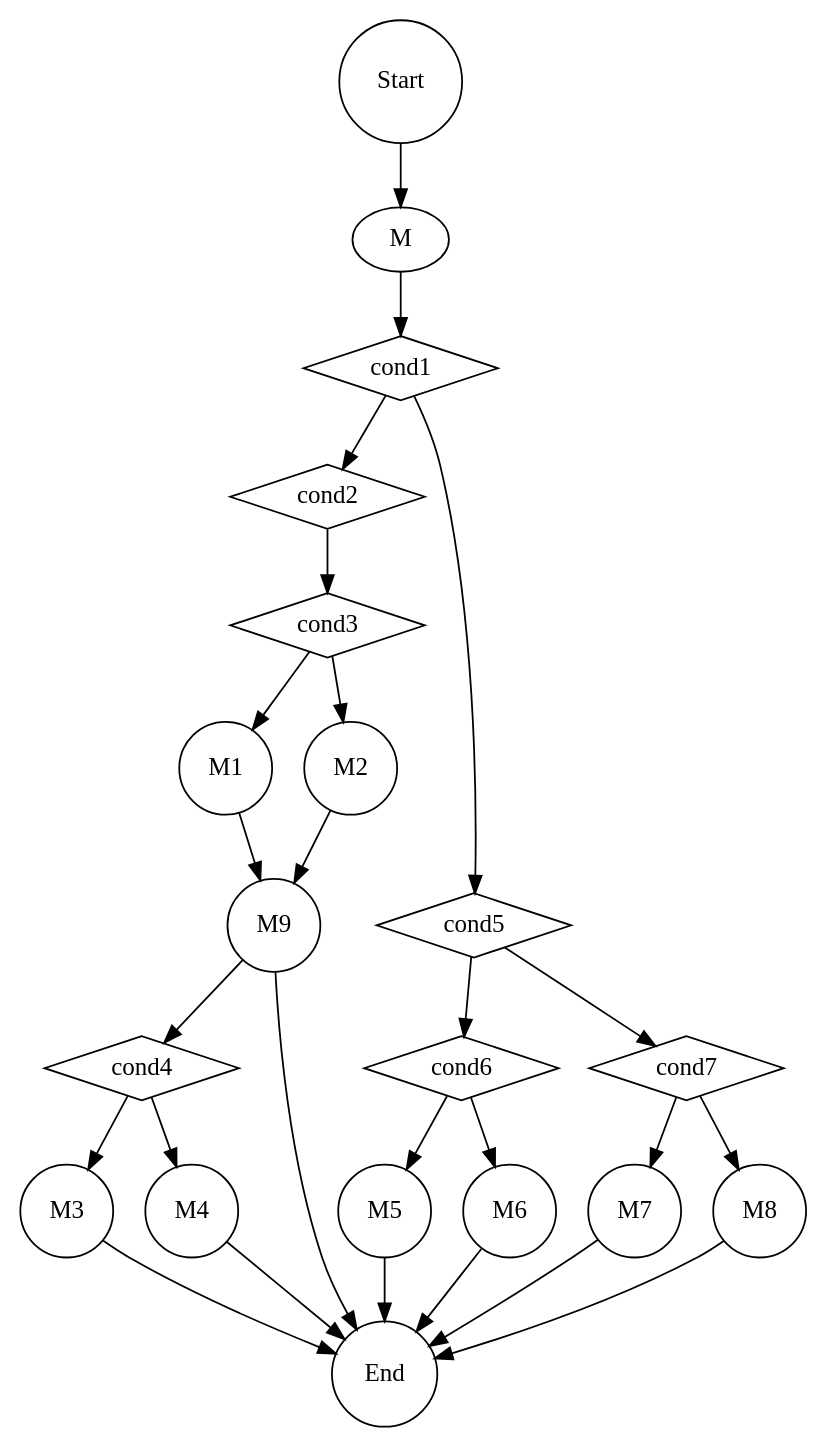
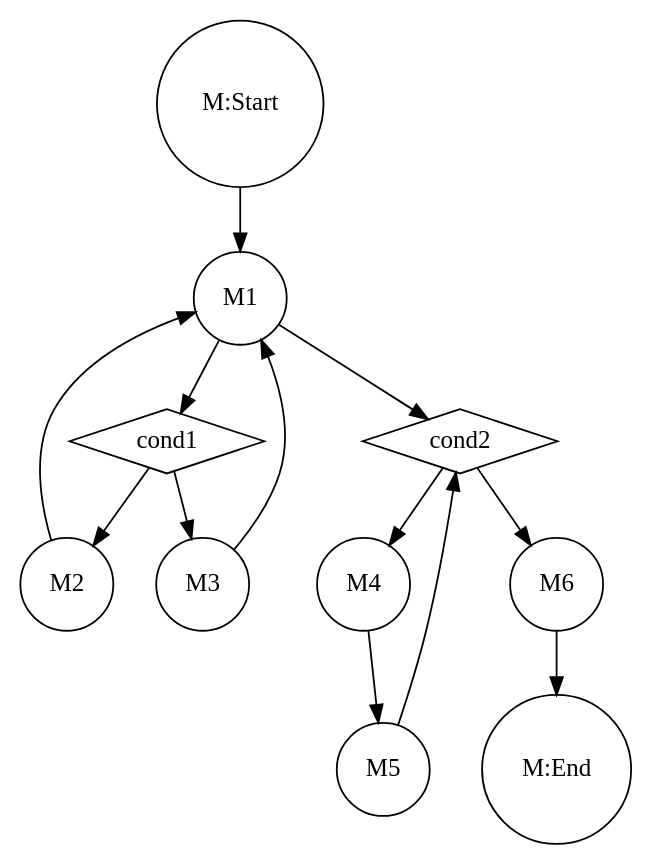
The diagram in output.dot (yonghun8343/FuncWatch), drawn with Graphviz before and after one commit. The commit also changed 5 other files, not shown here.

```diff
--- a/output.dot
+++ b/output.dot
@@ -1,46 +1,24 @@
 strict digraph {
-  Start [label=Start,shape=circle,type=EntryPoint]
+  "M:Start" [label="M:Start",shape=circle,type=EntryPoint]
+  "M:End" [label="M:End",shape=circle,type=ExitPoint]
+  M1 [label=M1,shape=circle,type=FunctionCall]
   cond1 [label=cond1,shape=diamond,type=Condition]
+  M2 [label=M2,shape=circle,type=FunctionCall]
+  M3 [label=M3,shape=circle,type=FunctionCall]
   cond2 [label=cond2,shape=diamond,type=Condition]
-  cond3 [label=cond3,shape=diamond,type=Condition]
-  M1 [label=M1,shape=circle,type=FunctionCall]
-  M2 [label=M2,shape=circle,type=FunctionCall]
-  M9 [label=M9,shape=circle,type=FunctionCall]
-  cond4 [label=cond4,shape=diamond,type=Condition]
-  M3 [label=M3,shape=circle,type=FunctionCall]
   M4 [label=M4,shape=circle,type=FunctionCall]
-  cond5 [label=cond5,shape=diamond,type=Condition]
-  cond6 [label=cond6,shape=diamond,type=Condition]
   M5 [label=M5,shape=circle,type=FunctionCall]
   M6 [label=M6,shape=circle,type=FunctionCall]
-  cond7 [label=cond7,shape=diamond,type=Condition]
-  M7 [label=M7,shape=circle,type=FunctionCall]
-  M8 [label=M8,shape=circle,type=FunctionCall]
-  End [label=End,shape=circle,type=ExitPoint]
-  M
-  Start -> M [type=control]
-  M -> cond1 [type=control]
-  cond1 -> cond2 [type=control]
-  cond2 -> cond3 [type=control]
-  cond3 -> M1 [type=control]
-  cond3 -> M2 [type=control]
-  M2 -> M9 [type=control]
-  M1 -> M9 [type=control]
-  M9 -> cond4 [type=control]
-  cond4 -> M3 [type=control]
-  cond4 -> M4 [type=control]
-  cond1 -> cond5 [type=control]
-  cond5 -> cond6 [type=control]
-  cond6 -> M5 [type=control]
-  cond6 -> M6 [type=control]
-  cond5 -> cond7 [type=control]
-  cond7 -> M7 [type=control]
-  cond7 -> M8 [type=control]
-  M3 -> End [type=control]
-  M4 -> End [type=control]
-  M9 -> End [type=control]
-  M5 -> End [type=control]
-  M6 -> End [type=control]
-  M7 -> End [type=control]
-  M8 -> End [type=control]
+  "M:Start" -> M1 [type=control]
+  M1 -> cond1 [type=control]
+  cond1 -> M2 [type=control]
+  cond1 -> M3 [type=control]
+  M2 -> M1 [type=control]
+  M3 -> M1 [type=control]
+  M1 -> cond2 [type=control]
+  cond2 -> M4 [type=control]
+  M4 -> M5 [type=control]
+  M5 -> cond2 [type=control]
+  cond2 -> M6 [type=control]
+  M6 -> "M:End" [type=control]
 }
```
